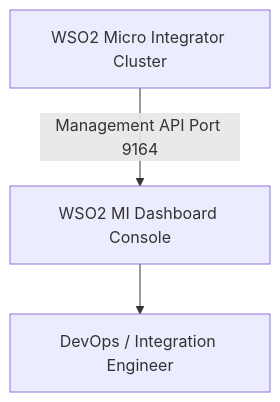
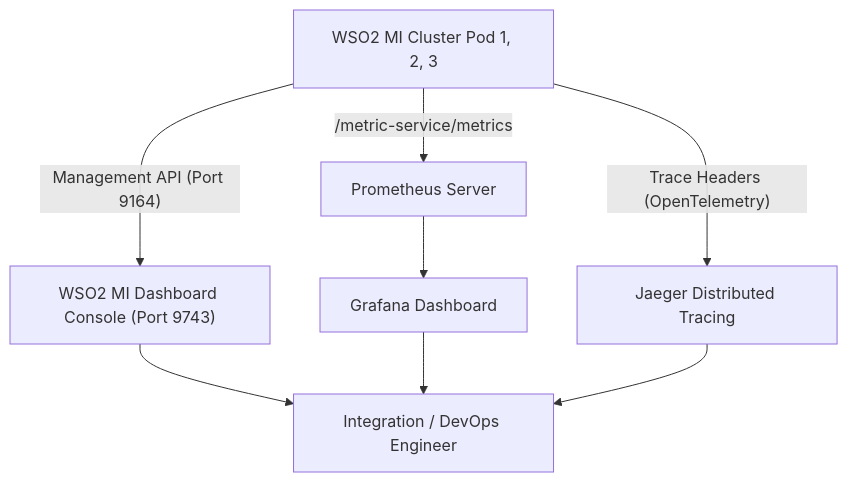
The fourth of 4 diagrams in materi/wso2/06_deployment_dan_monitoring.md (jovancamorris/assa-learn-tech), drawn with Mermaid before and after one commit. The commit also changed other lines of this file and 6 other files, not shown here.

````diff
--- a/materi/wso2/06_deployment_dan_monitoring.md
+++ b/materi/wso2/06_deployment_dan_monitoring.md
@@ -102,5 +211,11 @@
 ```mermaid
 graph TD
-    MI["WSO2 Micro Integrator Cluster"] -->|"Management API Port 9164"| Dashboard["WSO2 MI Dashboard Console"]
-    Dashboard --> Admin["DevOps / Integration Engineer"]
+    MICluster["WSO2 MI Cluster Pod 1, 2, 3"] -->|"Management API (Port 9164)"| Dashboard["WSO2 MI Dashboard Console (Port 9743)"]
+    MICluster -->|"/metric-service/metrics"| Prometheus["Prometheus Server"]
+    Prometheus --> Grafana["Grafana Dashboard"]
+    MICluster -->|"Trace Headers (OpenTelemetry)"| Jaeger["Jaeger Distributed Tracing"]
+
+    Dashboard --> Engineer["Integration / DevOps Engineer"]
+    Grafana --> Engineer
+    Jaeger --> Engineer
 ```
````
